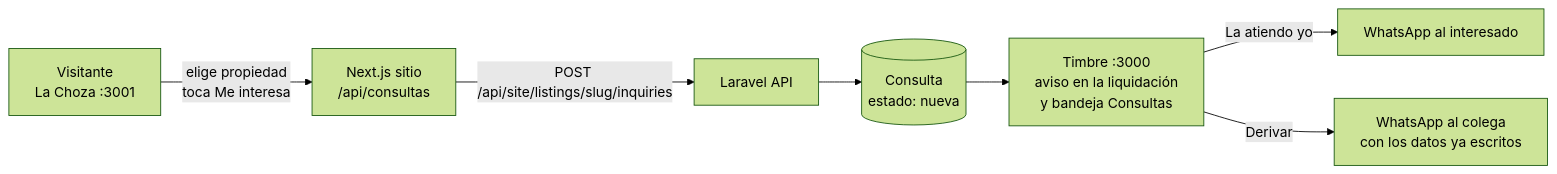
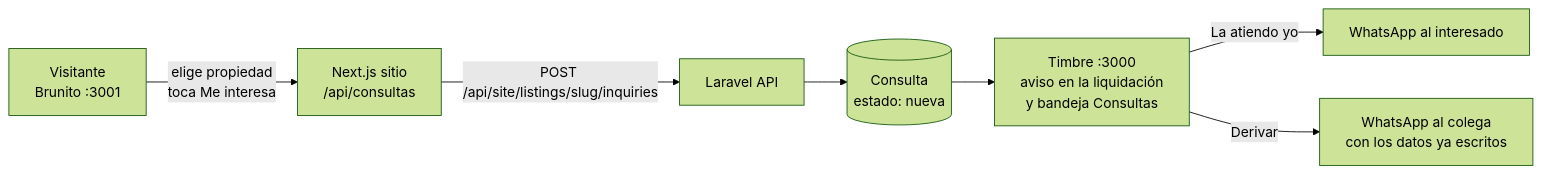
Before and after one commit to eduwavee/timbreapp: the first of 2 diagrams in README.md, drawn with Mermaid (forest theme). The commit also changed other lines of this file and 85 other files, not shown here.

````diff
--- a/README.md
+++ b/README.md
@@ -96,9 +101,9 @@
 ```mermaid
 flowchart LR
-    V[Visitante<br/>La Choza :3001] -->|elige propiedad<br/>toca Me interesa| S[Next.js sitio<br/>/api/consultas]
+    V[Visitante<br/>Brunito :3001] -->|elige propiedad<br/>toca Me interesa| S[Next.js sitio<br/>/api/consultas]
     S -->|POST /api/site/listings/slug/inquiries| L[Laravel API]
     L --> I[(Consulta<br/>estado: nueva)]
     I --> T[Timbre :3000<br/>aviso en la liquidación<br/>y bandeja Consultas]
     T -->|La atiendo yo| W1[WhatsApp al interesado]
     T -->|Derivar| W2[WhatsApp al colega<br/>con los datos ya escritos]
 ```
````
